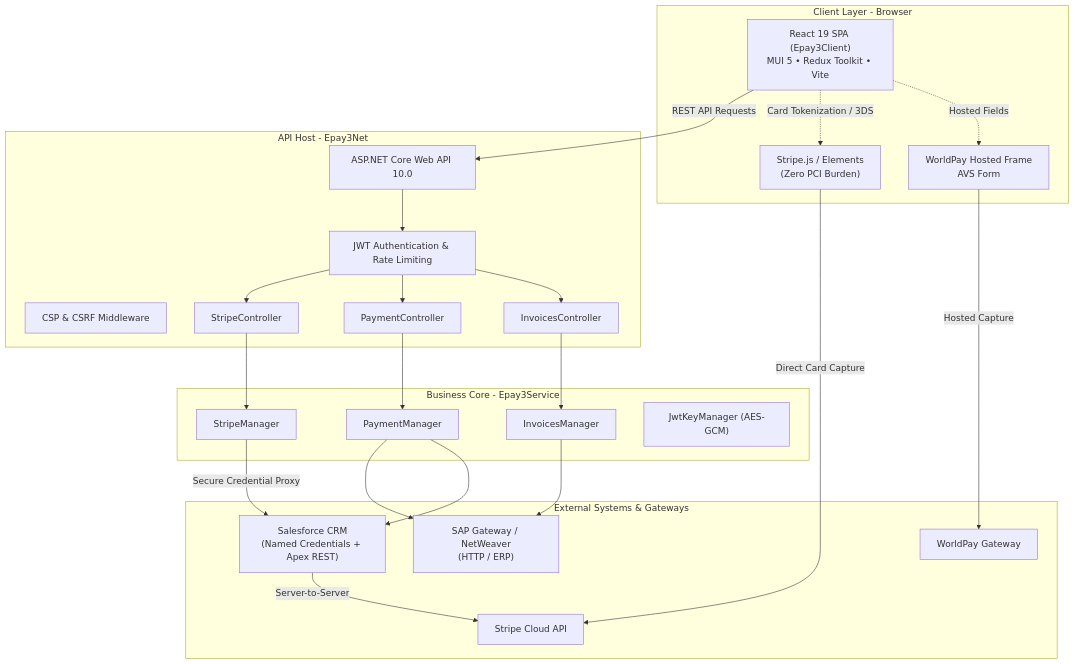
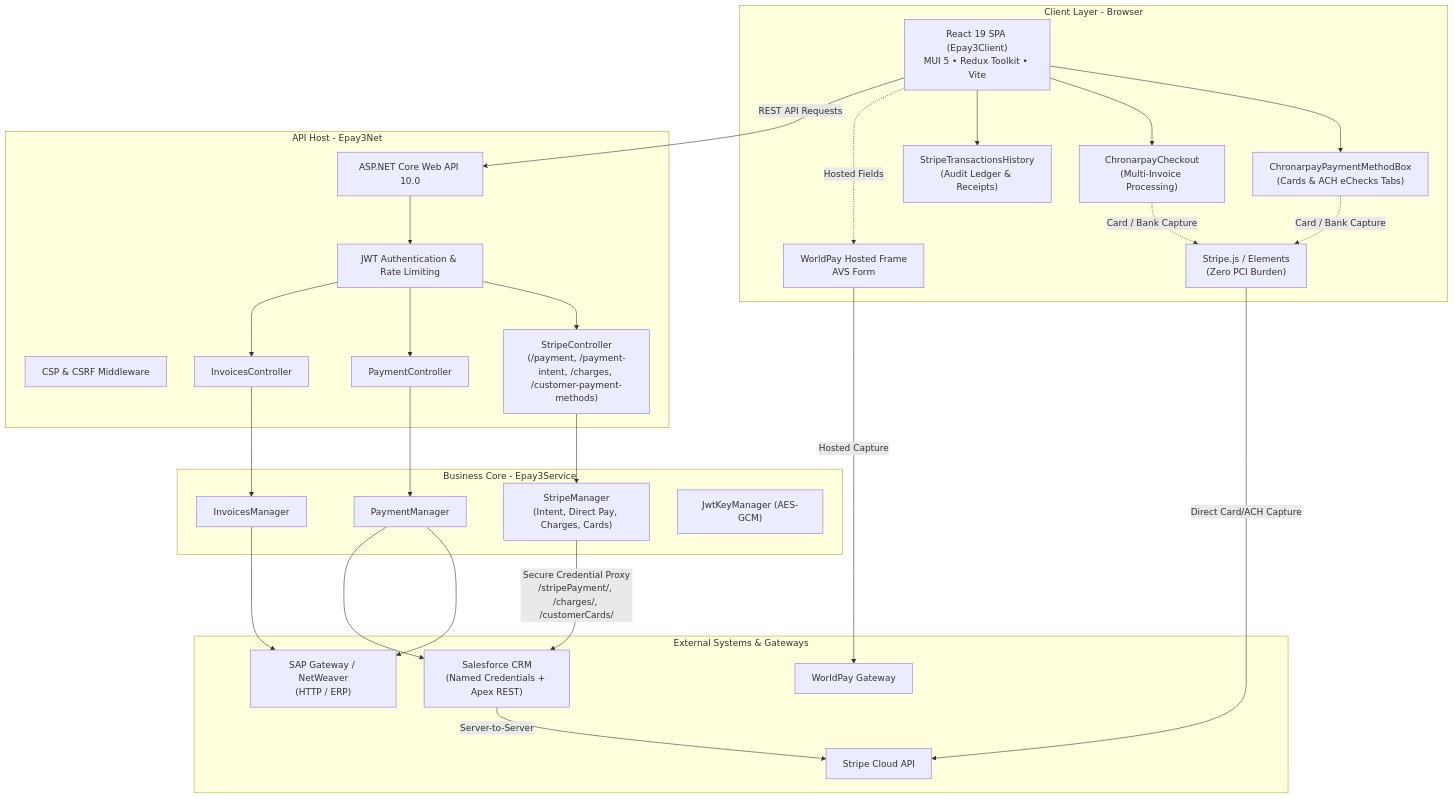
One commit to lokesh-nallapotala-sds/epay3 changed the first of 2 diagrams in README.md. Above: the diagram before and after it, drawn with Mermaid. The commit also changed other lines of this file and 27 other files, not shown here.

First line of the commit message:
feat(stripe): add direct payment processing, ACH eChecks, modern checkout, and transaction history

````diff
--- a/README.md
+++ b/README.md
@@ -37,54 +41,61 @@
 ```mermaid
 flowchart TB
     subgraph ClientLayer [Client Layer - Browser]
         ReactSPA["React 19 SPA (Epay3Client)<br/>MUI 5 • Redux Toolkit • Vite"]
+        ChronarBox["ChronarpayPaymentMethodBox<br/>(Cards & ACH eChecks Tabs)"]
+        ChronarCheckout["ChronarpayCheckout<br/>(Multi-Invoice Processing)"]
+        StripeHist["StripeTransactionsHistory<br/>(Audit Ledger & Receipts)"]
         StripeJS["Stripe.js / Elements<br/>(Zero PCI Burden)"]
         WorldpayFrame["WorldPay Hosted Frame<br/>AVS Form"]
     end
 
     subgraph HostLayer [API Host - Epay3Net]
         API["ASP.NET Core Web API 10.0"]
         AuthMiddleware["JWT Authentication & Rate Limiting"]
         CSPMiddleware["CSP & CSRF Middleware"]
-        StripeCtrl["StripeController"]
+        StripeCtrl["StripeController<br/>(/payment, /payment-intent, /charges, /customer-payment-methods)"]
         PaymentCtrl["PaymentController"]
         InvoiceCtrl["InvoicesController"]
     end
 
     subgraph ServiceLayer [Business Core - Epay3Service]
-        StripeMgr["StripeManager"]
+        StripeMgr["StripeManager<br/>(Intent, Direct Pay, Charges, Cards)"]
         PaymentMgr["PaymentManager"]
         InvoiceMgr["InvoicesManager"]
         JwtMgr["JwtKeyManager (AES-GCM)"]
     end
 
     subgraph ExternalServices [External Systems & Gateways]
         SF["Salesforce CRM<br/>(Named Credentials + Apex REST)"]
         SAP["SAP Gateway / NetWeaver<br/>(HTTP / ERP)"]
         StripeAPI["Stripe Cloud API"]
         WorldpayAPI["WorldPay Gateway"]
     end
 
+    %% Client Layer internal relationships
+    ReactSPA --> ChronarBox & ChronarCheckout & StripeHist
+    ChronarBox -.->|Card / Bank Capture| StripeJS
+    ChronarCheckout -.->|Card / Bank Capture| StripeJS
+    ReactSPA -.->|Hosted Fields| WorldpayFrame
+
     %% Client to API
     ReactSPA -->|REST API Requests| API
-    ReactSPA -.->|Card Tokenization / 3DS| StripeJS
-    ReactSPA -.->|Hosted Fields| WorldpayFrame
 
     %% API Routing
     API --> AuthMiddleware --> StripeCtrl & PaymentCtrl & InvoiceCtrl
 
     %% Controllers to Managers
     StripeCtrl --> StripeMgr
     PaymentCtrl --> PaymentMgr
     InvoiceCtrl --> InvoiceMgr
 
-    %% Direct Gateway and External calls
-    StripeJS -->|Direct Card Capture| StripeAPI
+    %% Direct Gateway calls from browser
+    StripeJS -->|Direct Card/ACH Capture| StripeAPI
     WorldpayFrame -->|Hosted Capture| WorldpayAPI
 
     %% Service to external integrations
-    StripeMgr -->|Secure Credential Proxy| SF
+    StripeMgr -->|Secure Credential Proxy<br/>/stripePayment/, /charges/, /customerCards/| SF
     SF -->|Server-to-Server| StripeAPI
     PaymentMgr --> SAP & SF
     InvoiceMgr --> SAP
 ```
````
